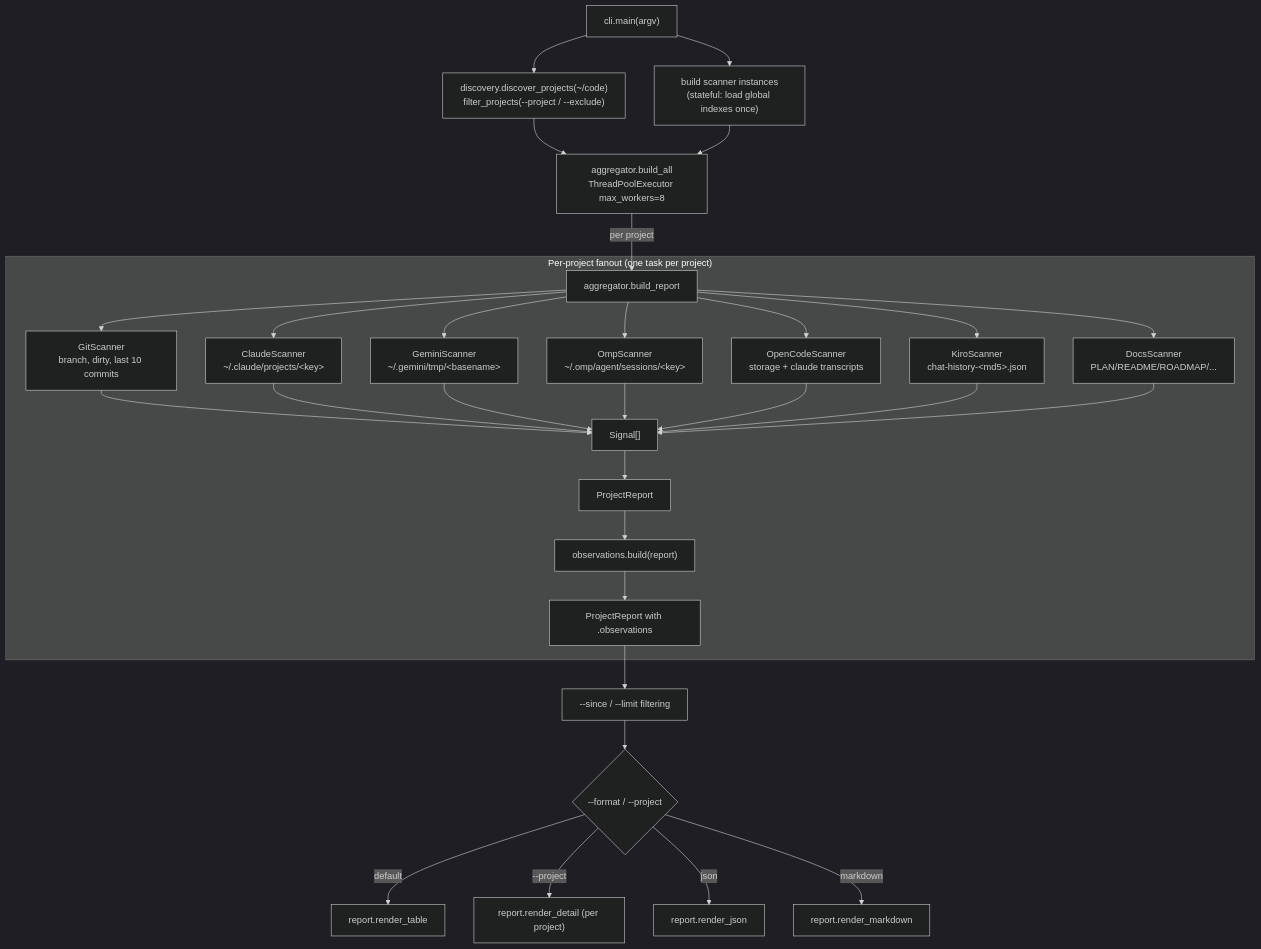
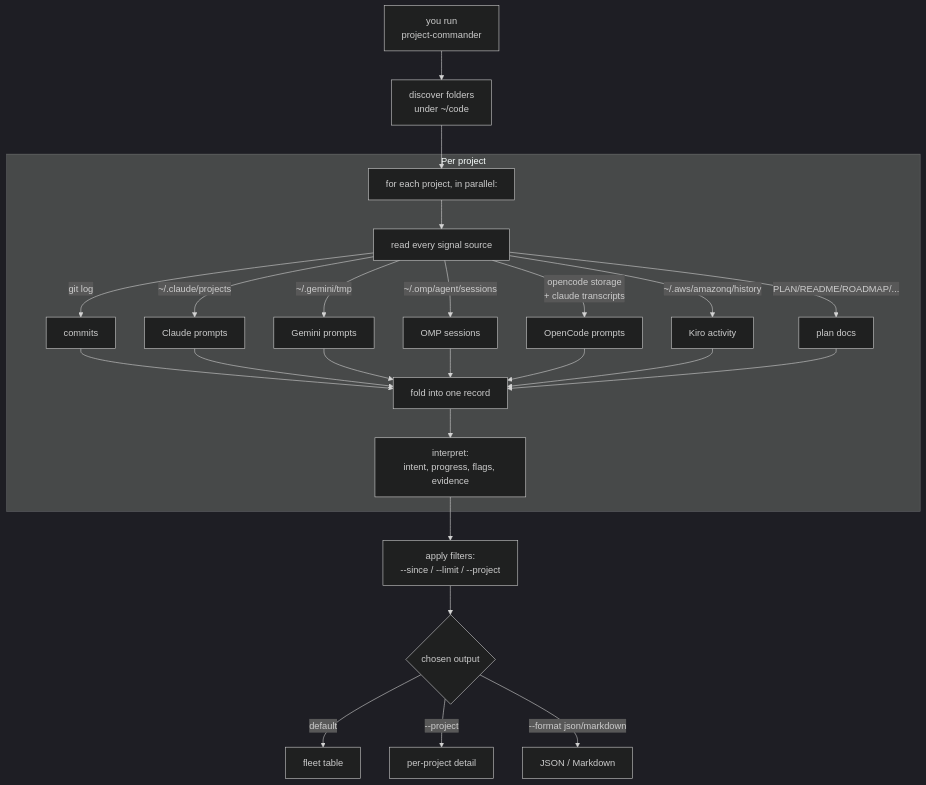
The diagram in docs/ARCHITECTURE.md (smileynet/project-commander), drawn with Mermaid (dark theme) before and after one commit. The commit also changed other lines of this file, not shown here.

First line of the commit message:
docs: refocus ARCHITECTURE.md on what users get and how

````diff
--- a/docs/ARCHITECTURE.md
+++ b/docs/ARCHITECTURE.md
@@ -41,41 +162,30 @@
 ```mermaid
 flowchart TD
-    CLI["cli.main(argv)"]
-    Disc["discovery.discover_projects(~/code)<br/>filter_projects(--project / --exclude)"]
-    Scanners["build scanner instances<br/>(stateful: load global indexes once)"]
-    Pool["aggregator.build_all<br/>ThreadPoolExecutor max_workers=8"]
+    Run["you run<br/>project-commander"] --> Disc["discover folders<br/>under ~/code"]
+    Disc --> Fan["for each project, in parallel:"]
 
-    CLI --> Disc
-    CLI --> Scanners
-    Disc --> Pool
-    Scanners --> Pool
-
-    Pool -->|"per project"| BR["aggregator.build_report"]
-
-    subgraph fanout["Per-project fanout (one task per project)"]
-        BR --> G["GitScanner<br/>branch, dirty, last 10 commits"]
-        BR --> C["ClaudeScanner<br/>~/.claude/projects/&lt;key&gt;"]
-        BR --> M["GeminiScanner<br/>~/.gemini/tmp/&lt;basename&gt;"]
-        BR --> O["OmpScanner<br/>~/.omp/agent/sessions/&lt;key&gt;"]
-        BR --> P["OpenCodeScanner<br/>storage + claude transcripts"]
-        BR --> K["KiroScanner<br/>chat-history-&lt;md5&gt;.json"]
-        BR --> D["DocsScanner<br/>PLAN/README/ROADMAP/..."]
-        G --> SIG["Signal[]"]
-        C --> SIG
-        M --> SIG
-        O --> SIG
-        P --> SIG
-        K --> SIG
-        D --> SIG
-        SIG --> PR["ProjectReport"]
-        PR --> OBS["observations.build(report)"]
-        OBS --> PR2["ProjectReport with .observations"]
+    subgraph project["Per project"]
+        Fan --> Read["read every signal source"]
+        Read -->|"git log"| GS["commits"]
+        Read -->|"~/.claude/projects"| CS["Claude prompts"]
+        Read -->|"~/.gemini/tmp"| MS["Gemini prompts"]
+        Read -->|"~/.omp/agent/sessions"| OS["OMP sessions"]
+        Read -->|"opencode storage<br/>+ claude transcripts"| PS["OpenCode prompts"]
+        Read -->|"~/.aws/amazonq/history"| KS["Kiro activity"]
+        Read -->|"PLAN/README/ROADMAP/..."| DS["plan docs"]
+        GS --> Fold["fold into one record"]
+        CS --> Fold
+        MS --> Fold
+        OS --> Fold
+        PS --> Fold
+        KS --> Fold
+        DS --> Fold
+        Fold --> Interp["interpret:<br/>intent, progress, flags, evidence"]
     end
 
-    PR2 --> Filter["--since / --limit filtering"]
-    Filter --> Render{"--format / --project"}
-    Render -->|"default"| RT["report.render_table"]
-    Render -->|"--project"| RD["report.render_detail (per project)"]
-    Render -->|"json"| RJ["report.render_json"]
-    Render -->|"markdown"| RM["report.render_markdown"]
+    Interp --> Filter["apply filters:<br/>--since / --limit / --project"]
+    Filter --> Out{"chosen output"}
+    Out -->|"default"| Tbl["fleet table"]
+    Out -->|"--project"| Det["per-project detail"]
+    Out -->|"--format json/markdown"| Mach["JSON / Markdown"]
 ```
````
